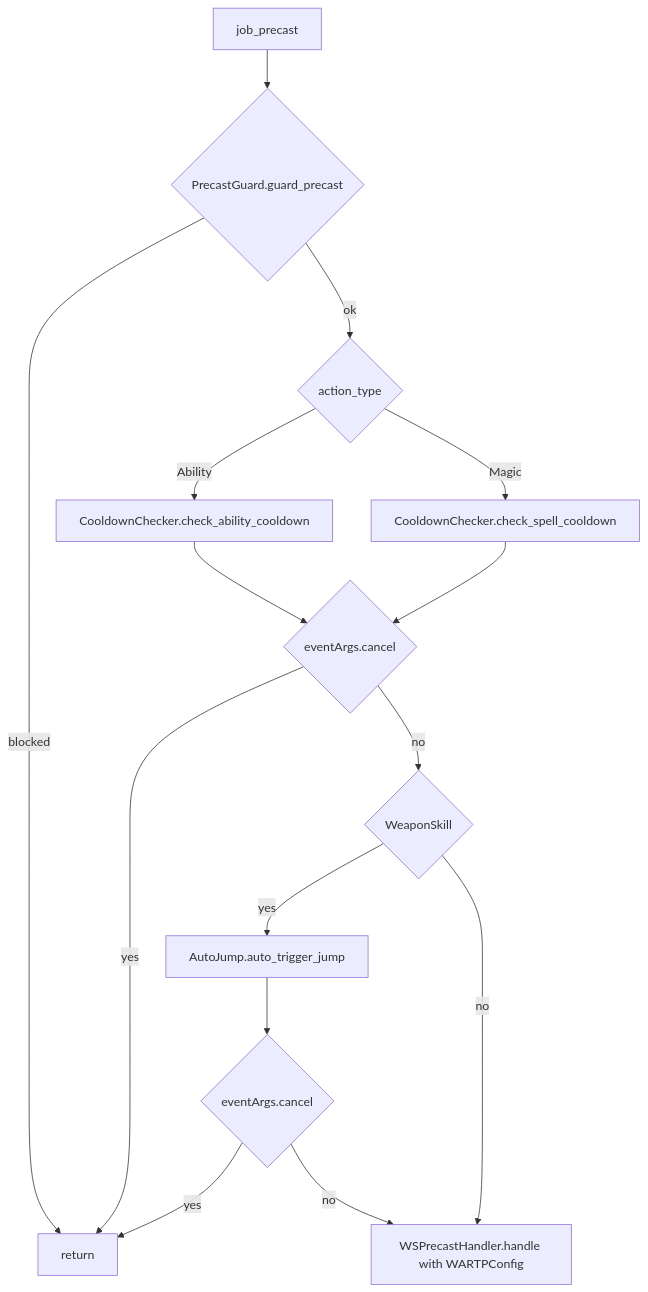
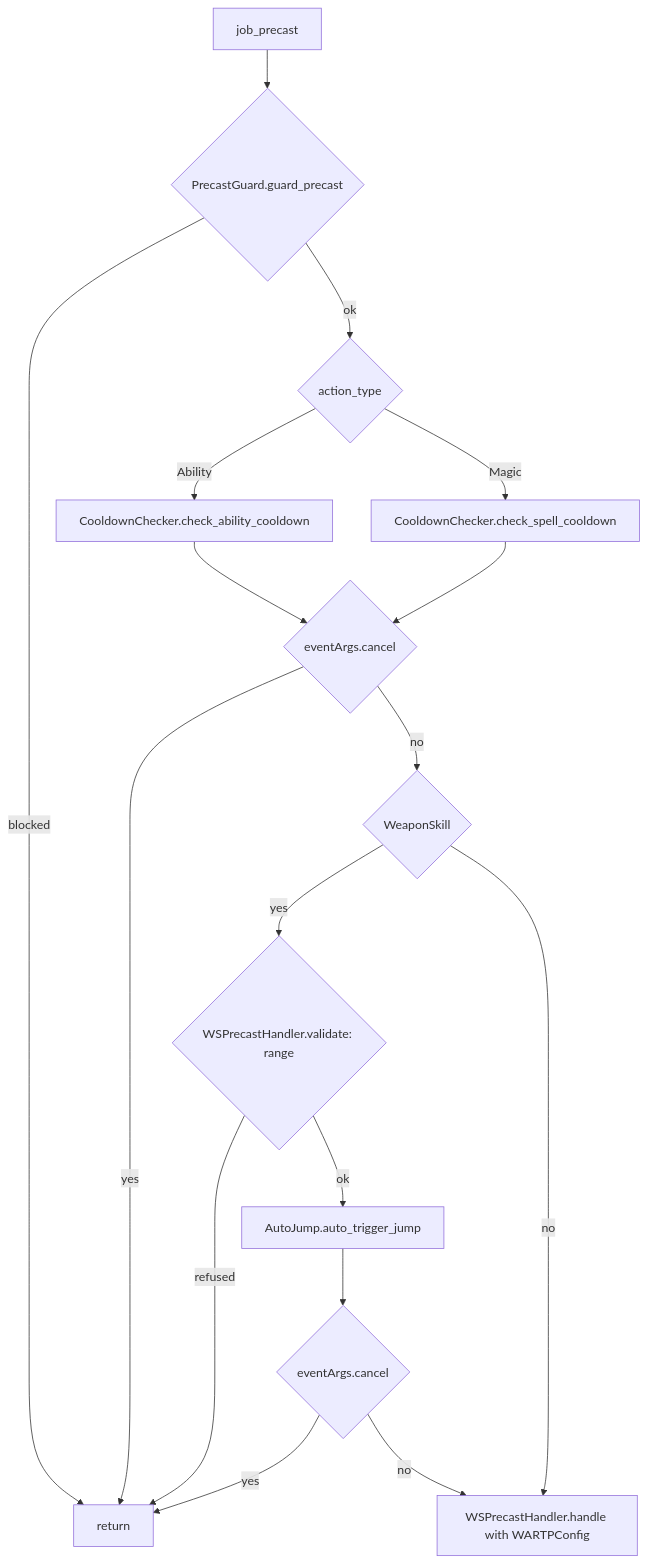
Before and after one commit to ejouanchicot/Gearswap: the second of 2 diagrams in docs/dev/jobs/war.md, drawn with Mermaid. The commit also changed other lines of this file and 10 other files, not shown here.

First line of the commit message:
fix(dnc,war): a weaponskill out of range spends no Jump or Climactic

````diff
--- a/docs/dev/jobs/war.md
+++ b/docs/dev/jobs/war.md
@@ -155,17 +155,19 @@
 ```mermaid
 flowchart TD
     A[job_precast] --> B{PrecastGuard.guard_precast}
     B -- blocked --> Z[return]
     B -- ok --> C{action_type}
     C -- Ability --> D[CooldownChecker.check_ability_cooldown]
     C -- Magic --> E[CooldownChecker.check_spell_cooldown]
     D --> F{eventArgs.cancel}
     E --> F
     F -- yes --> Z
     F -- no --> G{WeaponSkill}
-    G -- yes --> H[AutoJump.auto_trigger_jump]
+    G -- yes --> G2{WSPrecastHandler.validate: range}
+    G2 -- refused --> Z
+    G2 -- ok --> H[AutoJump.auto_trigger_jump]
     H --> I{eventArgs.cancel}
     I -- yes --> Z
     I -- no --> J[WSPrecastHandler.handle with WARTPConfig]
     G -- no --> J
 ```
````
